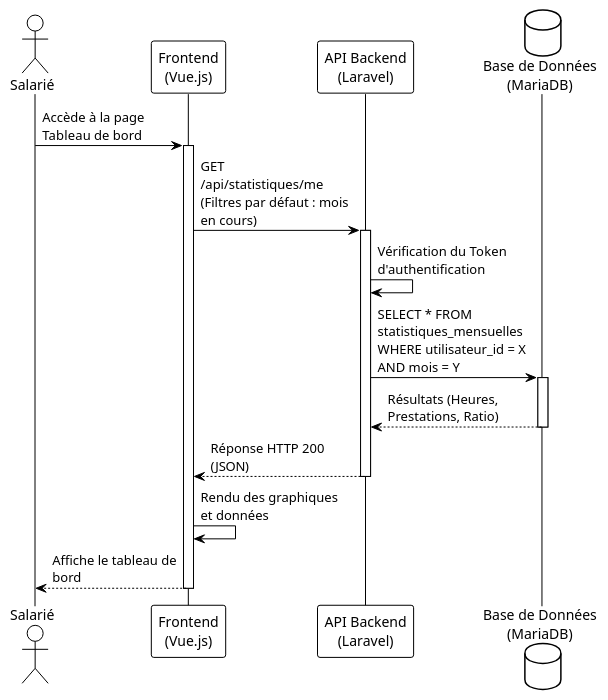
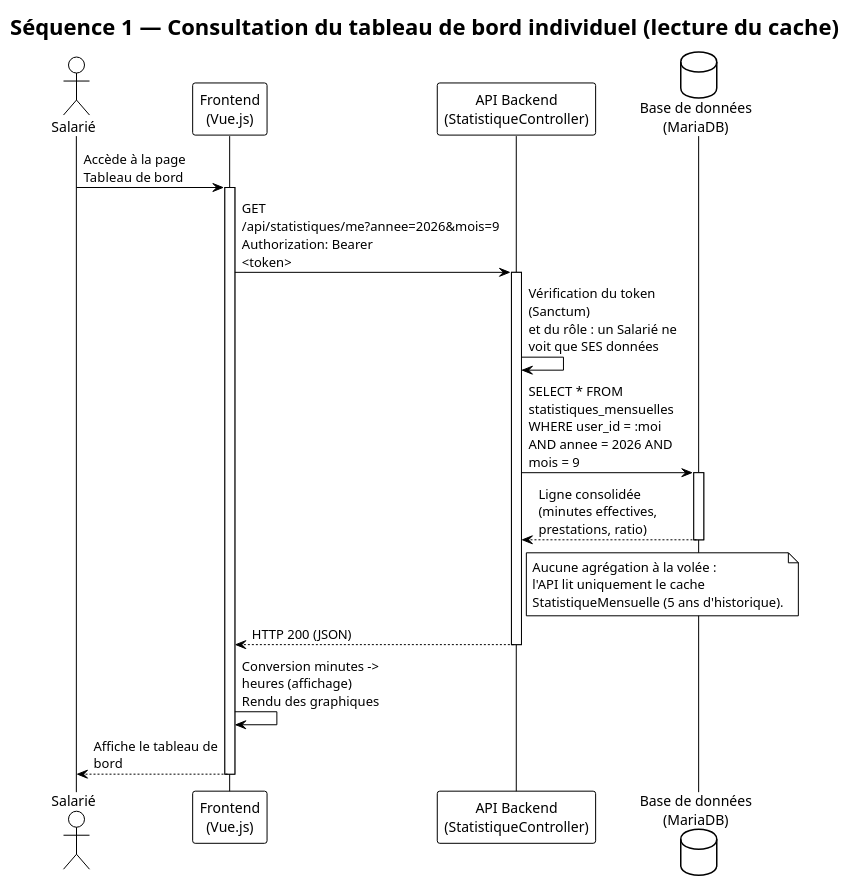
Before and after one commit to midjix/plantuml: the diagram in diagrammes de séquence/diagrammes_de_séquence_1.md, drawn with PlantUML. The commit also changed 12 other files, not shown here.

First line of the commit message:
docs(uml): align diagrams with validated business rules and source access

````diff
--- a/diagrammes de séquence/diagrammes_de_séquence_1.md
+++ b/diagrammes de séquence/diagrammes_de_séquence_1.md
@@ -1,31 +1,39 @@
 ```plantuml
 @startuml
 !theme plain
 skinparam maxMessageSize 150
 
+title Séquence 1 — Consultation du tableau de bord individuel (lecture du cache)
+
 actor "Salarié" as sal
 participant "Frontend\n(Vue.js)" as vue
-participant "API Backend\n(Laravel)" as api
-database "Base de Données\n(MariaDB)" as db
+participant "API Backend\n(StatistiqueController)" as api
+database "Base de données\n(MariaDB)" as db
 
 sal -> vue : Accède à la page Tableau de bord
 activate vue
 
-vue -> api : GET /api/statistiques/me\n(Filtres par défaut : mois en cours)
+vue -> api : GET /api/statistiques/me?annee=2026&mois=9\nAuthorization: Bearer <token>
 activate api
 
-api -> api : Vérification du Token d'authentification
+api -> api : Vérification du token (Sanctum)\net du rôle : un Salarié ne voit que SES données
 
-api -> db : SELECT * FROM statistiques_mensuelles\nWHERE utilisateur_id = X AND mois = Y
+api -> db : SELECT * FROM statistiques_mensuelles\nWHERE user_id = :moi AND annee = 2026 AND mois = 9
 activate db
-db --> api : Résultats (Heures, Prestations, Ratio)
+db --> api : Ligne consolidée (minutes effectives, prestations, ratio)
 deactivate db
 
-api --> vue : Réponse HTTP 200 (JSON)
+note right of api
+  Aucune agrégation à la volée :
+  l'API lit uniquement le cache
+  StatistiqueMensuelle (5 ans d'historique).
+end note
+
+api --> vue : HTTP 200 (JSON)
 deactivate api
 
-vue -> vue : Rendu des graphiques et données
+vue -> vue : Conversion minutes -> heures (affichage)\nRendu des graphiques
 vue --> sal : Affiche le tableau de bord
 deactivate vue
 @enduml
 ```
````
